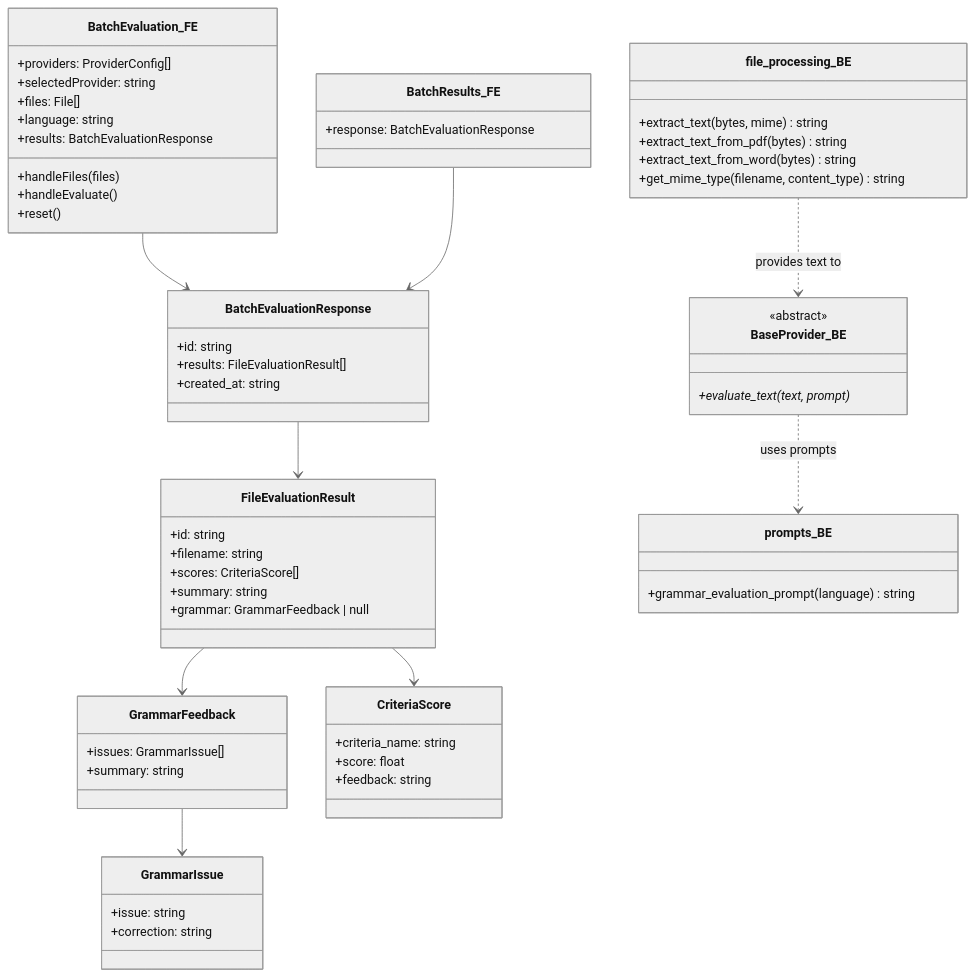
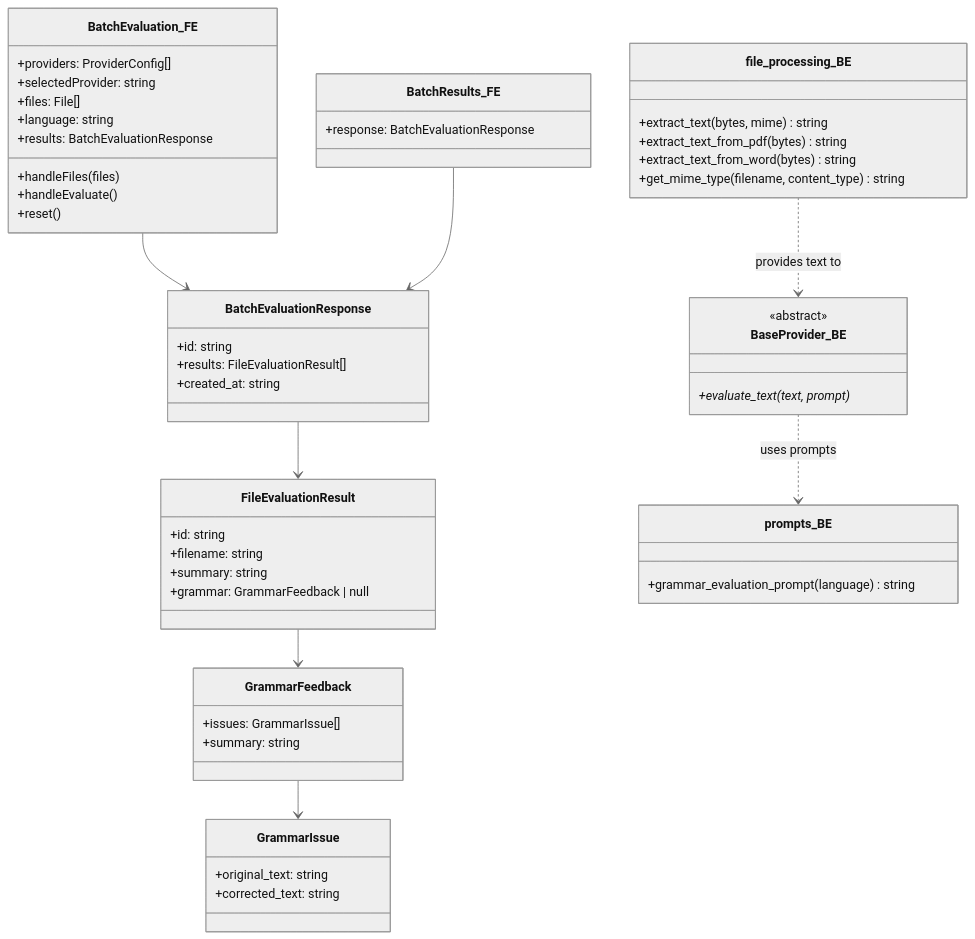
One commit to franciscosuca/exan changed the fifth of 6 diagrams in docs/ARCHITECTURE.md. Above: the diagram before and after it, drawn with Mermaid (neutral theme). The commit also changed other lines of this file and 15 other files, not shown here.

````diff
--- a/docs/ARCHITECTURE.md
+++ b/docs/ARCHITECTURE.md
@@ -352,74 +352,66 @@
 ```mermaid
 classDiagram
     direction TB
 
     class BatchEvaluation_FE {
         +providers: ProviderConfig[]
         +selectedProvider: string
         +files: File[]
         +language: string
         +results: BatchEvaluationResponse
         +handleFiles(files)
         +handleEvaluate()
         +reset()
     }
 
     class BatchEvaluationResponse {
         +id: string
         +results: FileEvaluationResult[]
         +created_at: string
     }
 
     class FileEvaluationResult {
         +id: string
         +filename: string
-        +scores: CriteriaScore[]
         +summary: string
         +grammar: GrammarFeedback | null
     }
 
     class GrammarFeedback {
         +issues: GrammarIssue[]
         +summary: string
     }
 
     class GrammarIssue {
-        +issue: string
-        +correction: string
-    }
-
-    class CriteriaScore {
-        +criteria_name: string
-        +score: float
-        +feedback: string
+        +original_text: string
+        +corrected_text: string
     }
 
     class BatchResults_FE {
         +response: BatchEvaluationResponse
     }
 
     class BaseProvider_BE {
         <<abstract>>
         +evaluate_text(text, prompt)*
     }
 
     class file_processing_BE {
         +extract_text(bytes, mime) string
         +extract_text_from_pdf(bytes) string
         +extract_text_from_word(bytes) string
         +get_mime_type(filename, content_type) string
     }
 
     class prompts_BE {
         +grammar_evaluation_prompt(language) string
     }
 
     BatchEvaluation_FE --> BatchEvaluationResponse
     BatchEvaluationResponse --> FileEvaluationResult
-    FileEvaluationResult --> CriteriaScore
     FileEvaluationResult --> GrammarFeedback
     GrammarFeedback --> GrammarIssue
     BatchResults_FE --> BatchEvaluationResponse
     BaseProvider_BE ..> prompts_BE : uses prompts
     file_processing_BE ..> BaseProvider_BE : provides text to
 ```
````
